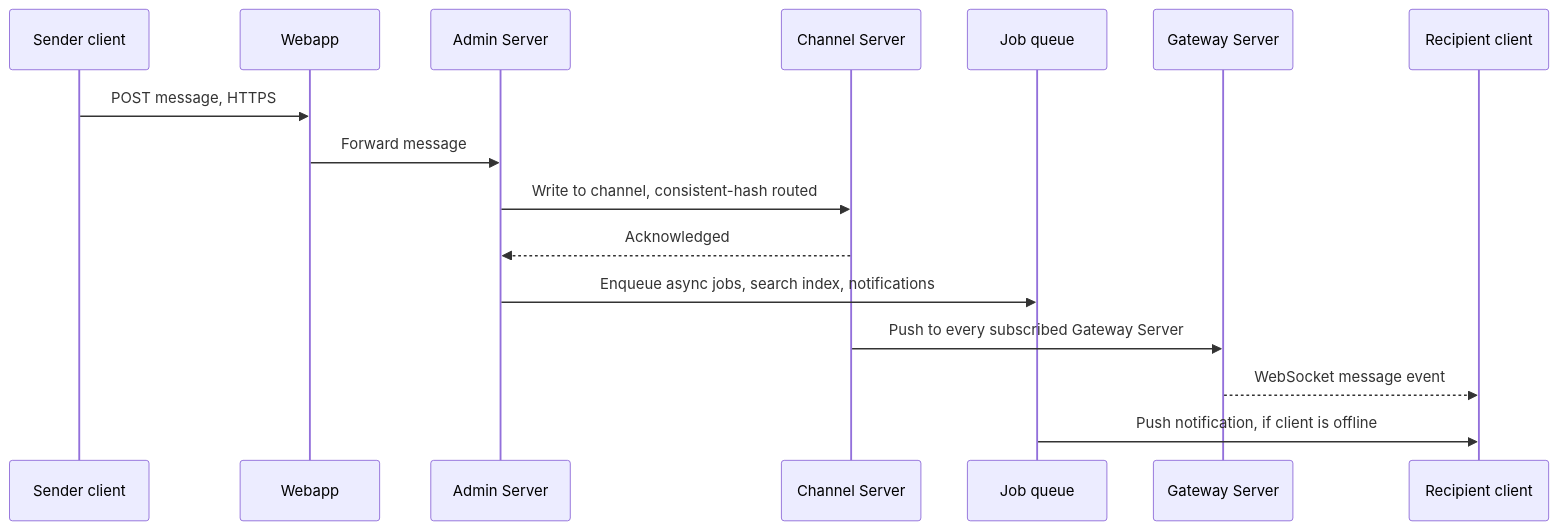
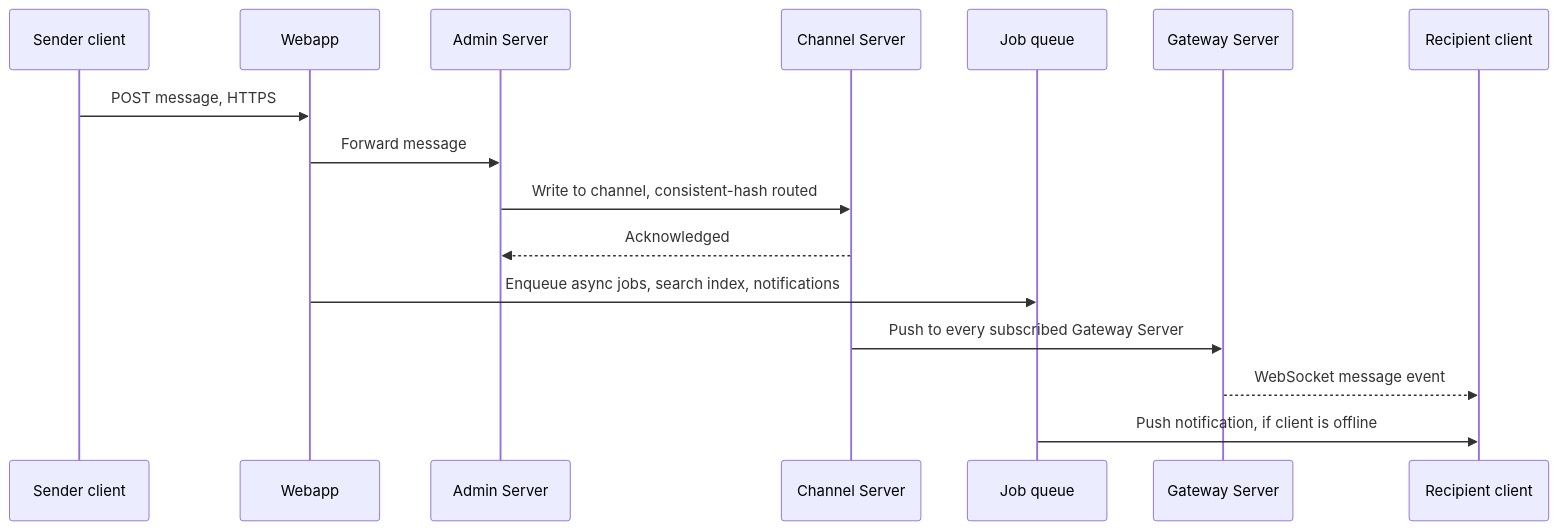
Before and after one commit to alwin-verus/big-tech-system-design: the third of 6 diagrams in companies/slack.md, drawn with Mermaid. The commit also changed other lines of this file and 56 other files, not shown here.

````diff
--- a/companies/slack.md
+++ b/companies/slack.md
@@ -290,19 +402,19 @@
 ```mermaid
 sequenceDiagram
   participant C as Sender client
   participant WA as Webapp
   participant AS as Admin Server
   participant CS as Channel Server
   participant JQ as Job queue
   participant GS as Gateway Server
   participant R as Recipient client
 
   C->>WA: POST message, HTTPS
   WA->>AS: Forward message
   AS->>CS: Write to channel, consistent-hash routed
   CS-->>AS: Acknowledged
-  AS->>JQ: Enqueue async jobs, search index, notifications
+  WA->>JQ: Enqueue async jobs, search index, notifications
   CS->>GS: Push to every subscribed Gateway Server
   GS-->>R: WebSocket message event
   JQ->>R: Push notification, if client is offline
 ```
````
